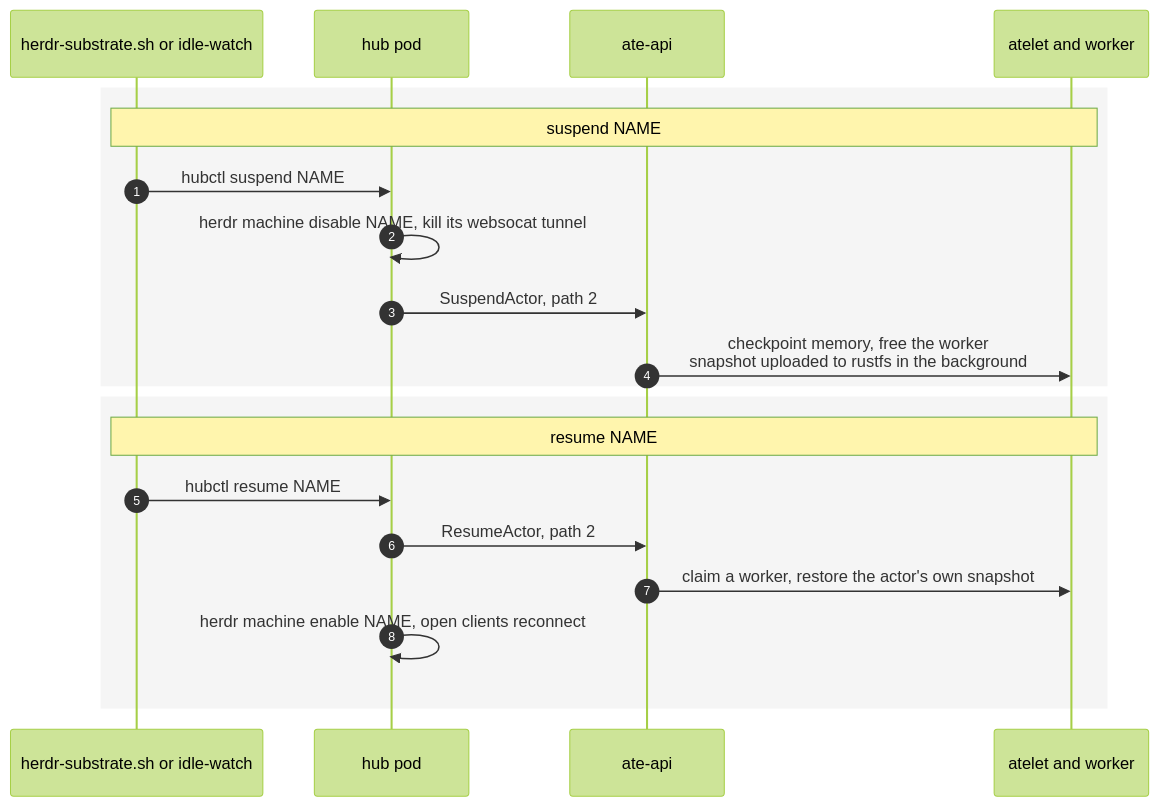
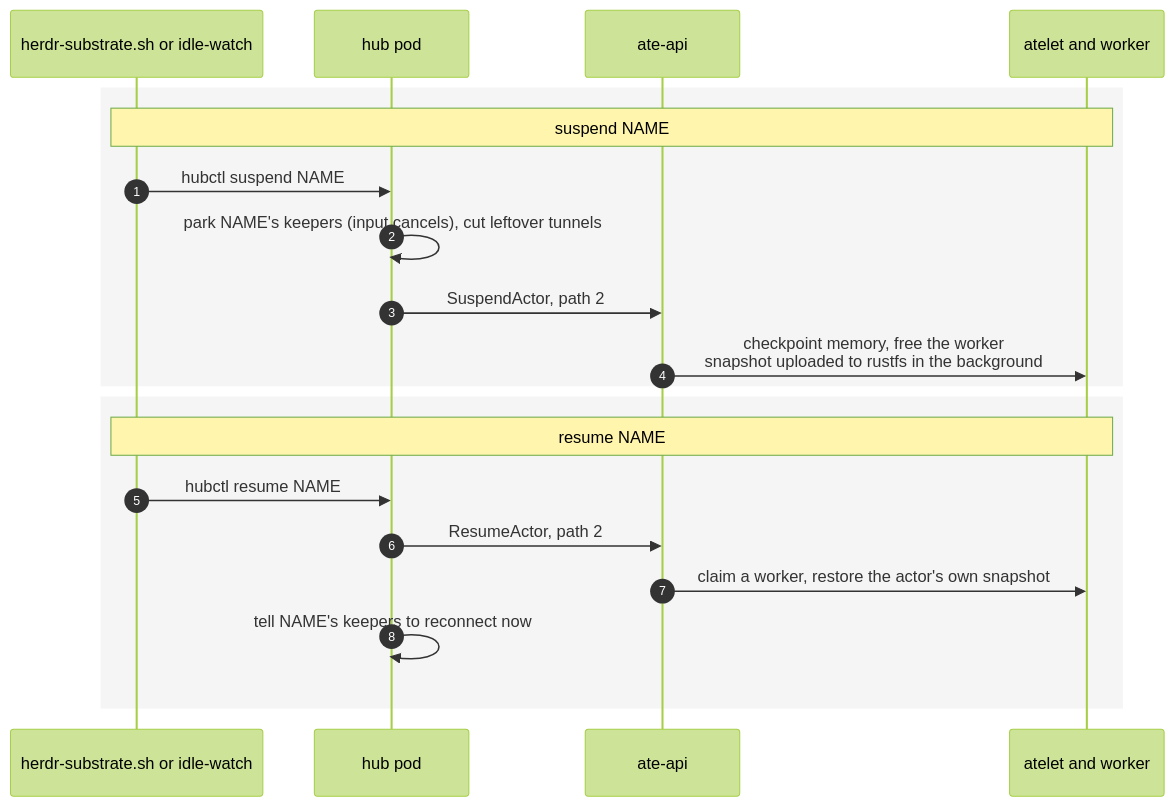
One commit to danaschwanden/herdr-agent-substrate changed diagram 15 of 17 in README.md. Above: the diagram before and after it, drawn with Mermaid (forest theme). The commit also changed other lines of this file and 15 other files, not shown here.

````diff
--- a/README.md
+++ b/README.md
@@ -910,22 +976,22 @@
 ```mermaid
 sequenceDiagram
   autonumber
   participant S as herdr-substrate.sh or idle-watch
   participant H as hub pod
   participant A as ate-api
   participant W as atelet and worker
   rect rgba(128,128,128,0.08)
   Note over S,W: suspend NAME
   S->>H: hubctl suspend NAME
-  H->>H: herdr machine disable NAME, kill its websocat tunnel
+  H->>H: park NAME's keepers (input cancels), cut leftover tunnels
   H->>A: SuspendActor, path 2
   A->>W: checkpoint memory, free the worker<br/>snapshot uploaded to rustfs in the background
   end
   rect rgba(128,128,128,0.08)
   Note over S,W: resume NAME
   S->>H: hubctl resume NAME
   H->>A: ResumeActor, path 2
   A->>W: claim a worker, restore the actor's own snapshot
-  H->>H: herdr machine enable NAME, open clients reconnect
+  H->>H: tell NAME's keepers to reconnect now
   end
 ```
````
